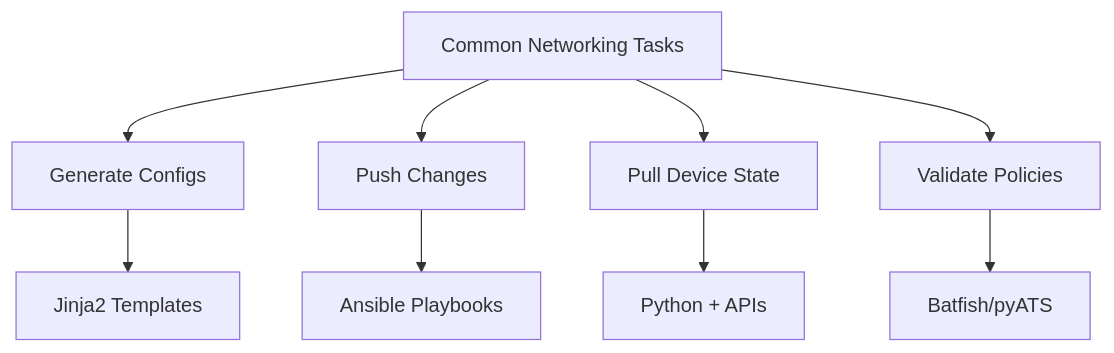
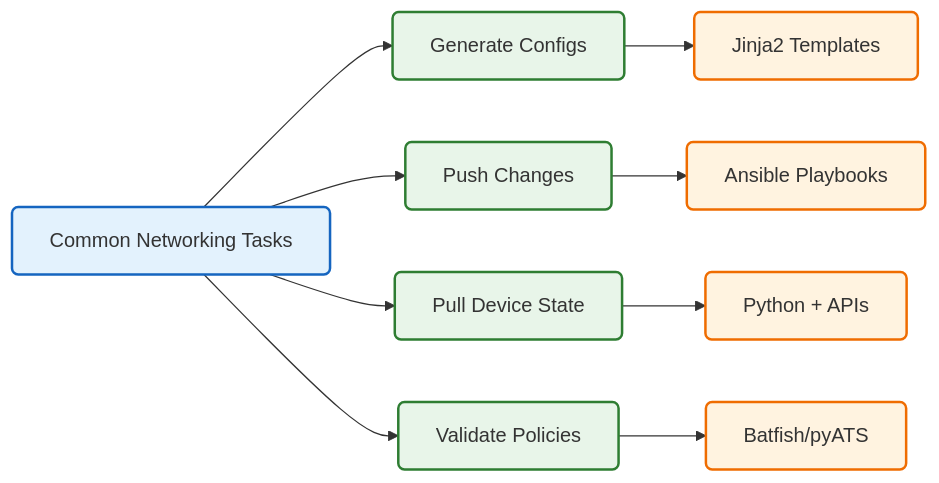
Before and after one commit to tej554/network-automation-visuals: the diagram in diagrams/06-task-mapping.md, drawn with Mermaid. The commit also changed 16 other files, not shown here.

````diff
--- a/diagrams/06-task-mapping.md
+++ b/diagrams/06-task-mapping.md
@@ -7,12 +7,21 @@
 ```mermaid
-flowchart TD
+flowchart LR
    A[Common Networking Tasks] --> B[Generate Configs]
    A --> C[Push Changes]
    A --> D[Pull Device State]
    A --> E[Validate Policies]
 
    B --> B2[Jinja2 Templates]
    C --> C2[Ansible Playbooks]
    D --> D2[Python + APIs]
    E --> E2[Batfish/pyATS]
+
+    classDef default fill:#fff,stroke:#333,stroke-width:1px,rx:5,ry:5;
+    classDef root fill:#e3f2fd,stroke:#1565c0,stroke-width:2px;
+    classDef task fill:#e8f5e9,stroke:#2e7d32,stroke-width:2px;
+    classDef tool fill:#fff3e0,stroke:#ef6c00,stroke-width:2px;
+
+   class A root;
+   class B,C,D,E task;
+   class B2,C2,D2,E2 tool;
 ```
````
